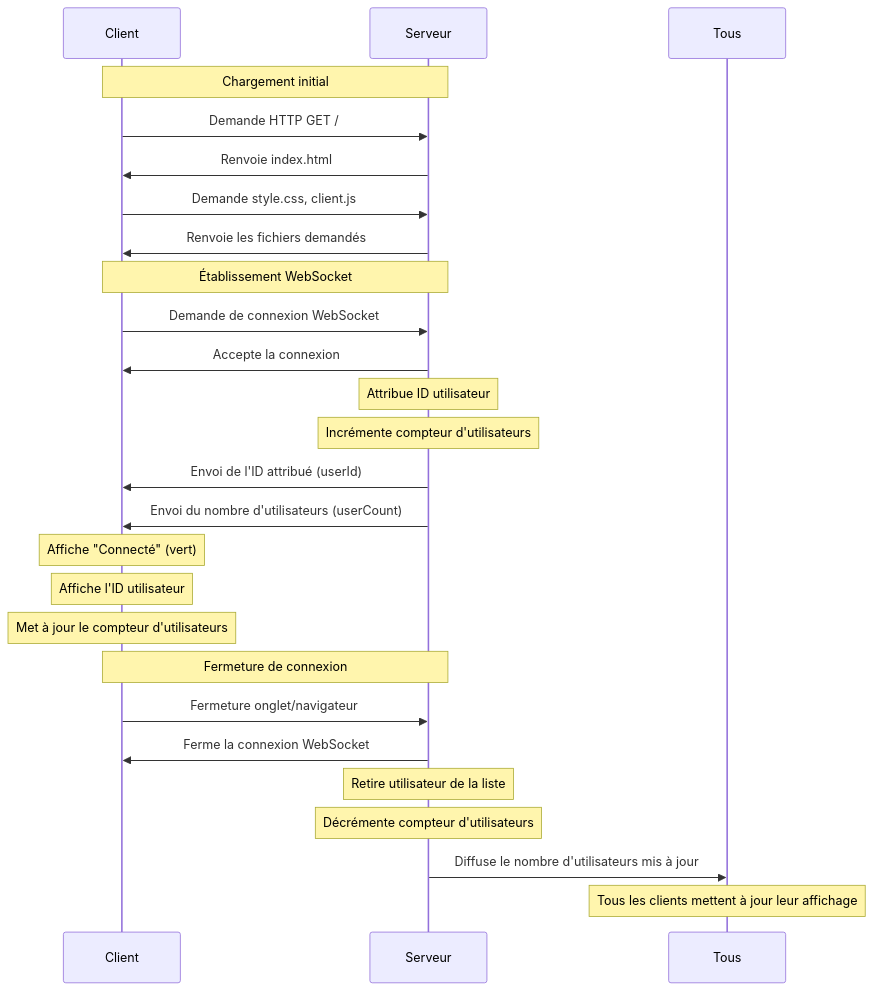
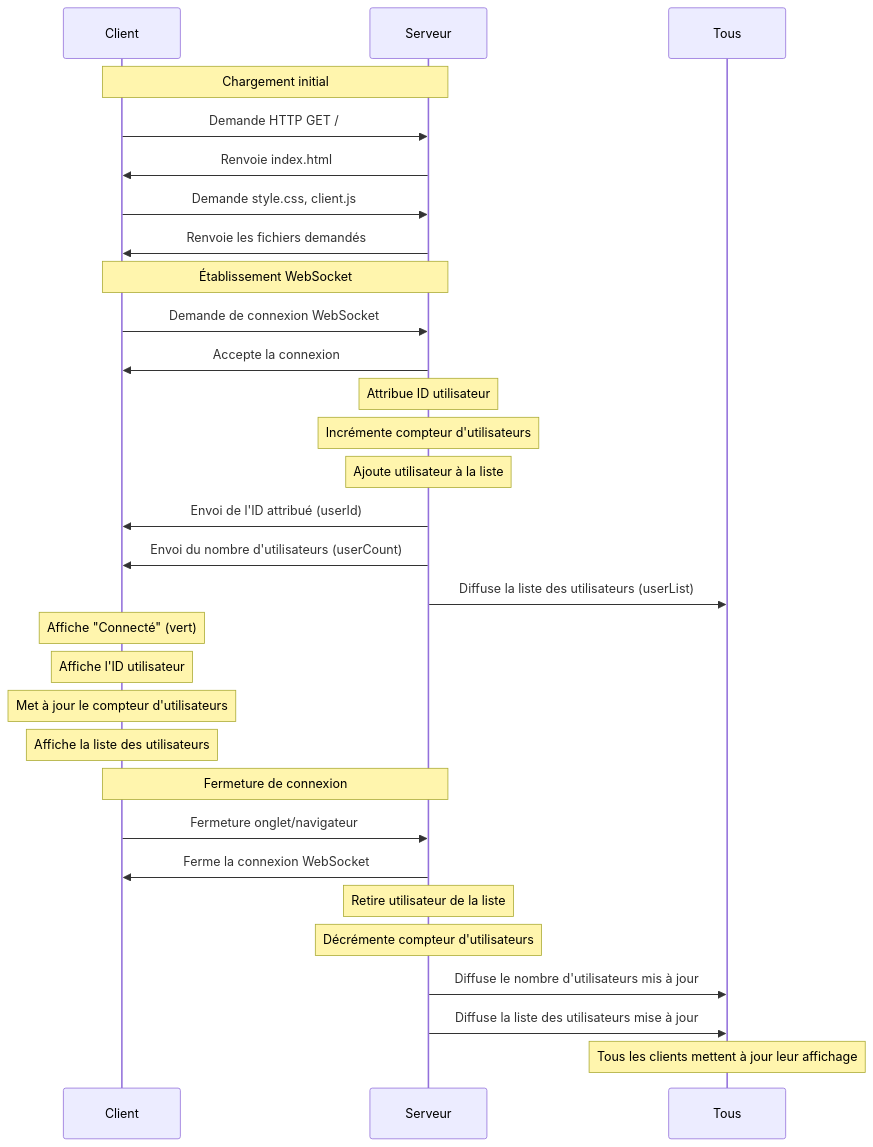
The first of 2 diagrams in docs/technical.md (nicolasmbronner/basic-websocket-prototype), drawn with Mermaid before and after one commit. The commit also changed other lines of this file and 5 other files, not shown here.

````diff
--- a/docs/technical.md
+++ b/docs/technical.md
@@ -9,30 +9,34 @@
 ```mermaid
 sequenceDiagram
     participant C as Client
     participant S as Serveur
 
     Note over C,S: Chargement initial
     C->>S: Demande HTTP GET /
     S->>C: Renvoie index.html
     C->>S: Demande style.css, client.js
     S->>C: Renvoie les fichiers demandés
     
     Note over C,S: Établissement WebSocket
     C->>S: Demande de connexion WebSocket
     S->>C: Accepte la connexion
     Note over S: Attribue ID utilisateur
     Note over S: Incrémente compteur d'utilisateurs
+    Note over S: Ajoute utilisateur à la liste
     S->>C: Envoi de l'ID attribué (userId)
     S->>C: Envoi du nombre d'utilisateurs (userCount)
+    S->>Tous: Diffuse la liste des utilisateurs (userList)
     Note over C: Affiche "Connecté" (vert)
     Note over C: Affiche l'ID utilisateur
     Note over C: Met à jour le compteur d'utilisateurs
+    Note over C: Affiche la liste des utilisateurs
     
     Note over C,S: Fermeture de connexion
     C->>S: Fermeture onglet/navigateur
     S->>C: Ferme la connexion WebSocket
     Note over S: Retire utilisateur de la liste
     Note over S: Décrémente compteur d'utilisateurs
     S->>Tous: Diffuse le nombre d'utilisateurs mis à jour
+    S->>Tous: Diffuse la liste des utilisateurs mise à jour
     Note over Tous: Tous les clients mettent à jour leur affichage
 ```
````
